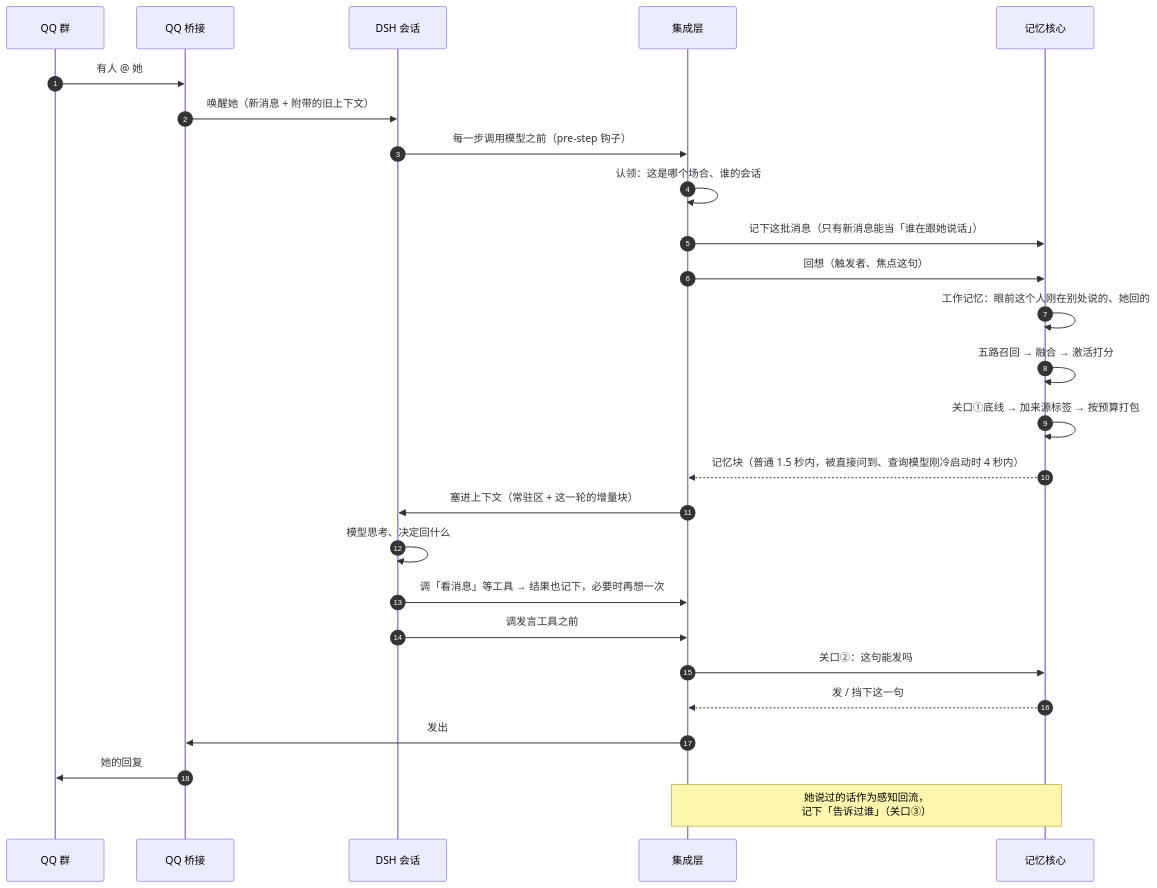
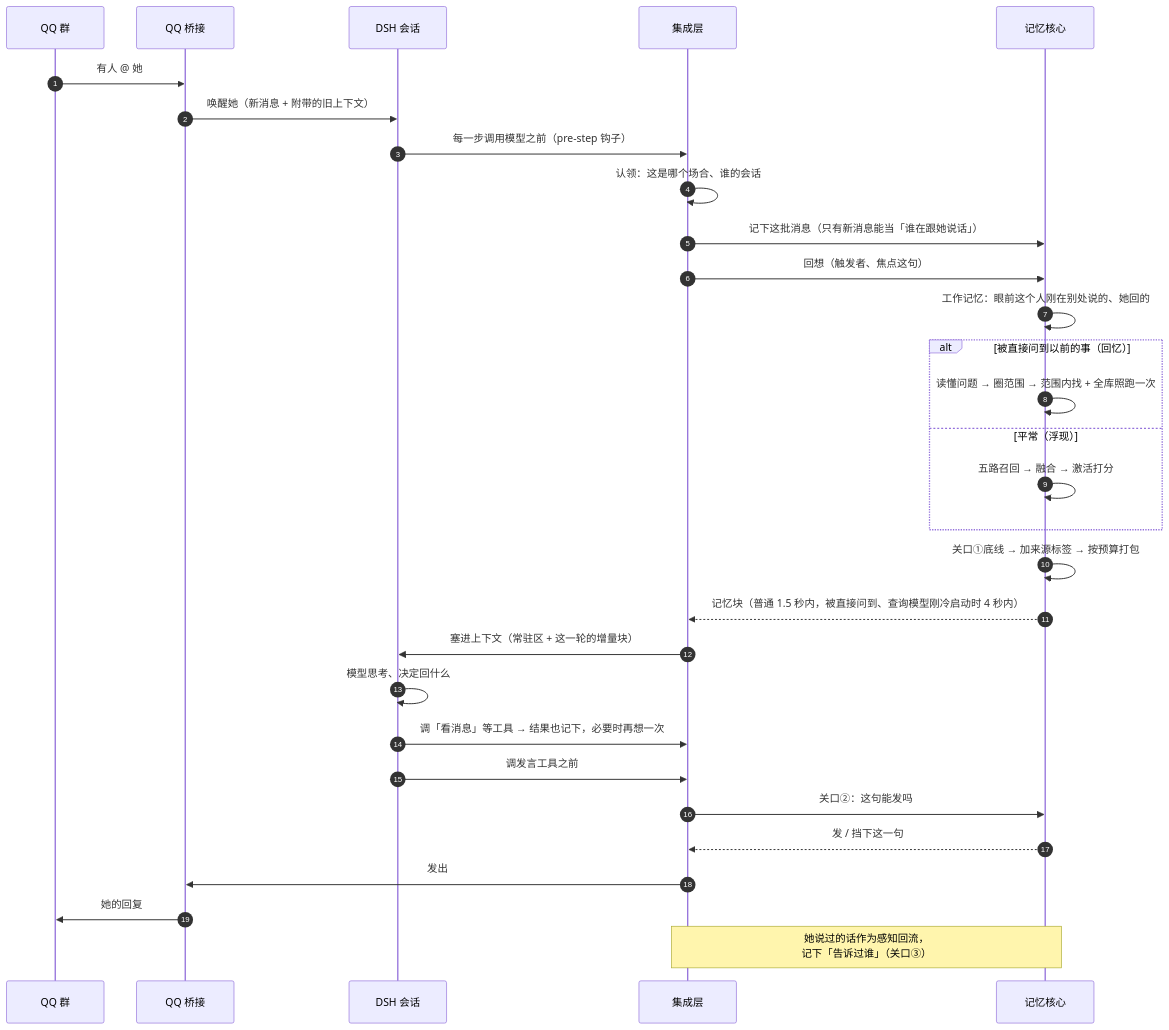
The fourth of 10 diagrams in docs/图解.md (QiuYeDx/dsh-rugu), drawn with Mermaid before and after one commit. The commit also changed other lines of this file and 13 other files, not shown here.

First line of the commit message:
回忆主干（D155）：被问到以前的事时有目的地找；文档、图解、测试和尺子跟上

````diff
--- a/docs/图解.md
+++ b/docs/图解.md
@@ -147,28 +147,32 @@
 ```mermaid
 sequenceDiagram
   autonumber
   participant Q as QQ 群
   participant B as QQ 桥接
   participant D as DSH 会话
   participant H as 集成层
   participant C as 记忆核心
   Q->>B: 有人 @ 她
   B->>D: 唤醒她（新消息 + 附带的旧上下文）
   D->>H: 每一步调用模型之前（pre-step 钩子）
   H->>H: 认领：这是哪个场合、谁的会话
   H->>C: 记下这批消息（只有新消息能当「谁在跟她说话」）
   H->>C: 回想（触发者、焦点这句）
   C->>C: 工作记忆：眼前这个人刚在别处说的、她回的
-  C->>C: 五路召回 → 融合 → 激活打分
+  alt 被直接问到以前的事（回忆）
+    C->>C: 读懂问题 → 圈范围 → 范围内找 + 全库照跑一次
+  else 平常（浮现）
+    C->>C: 五路召回 → 融合 → 激活打分
+  end
   C->>C: 关口①底线 → 加来源标签 → 按预算打包
   C-->>H: 记忆块（普通 1.5 秒内，被直接问到、查询模型刚冷启动时 4 秒内）
   H->>D: 塞进上下文（常驻区 + 这一轮的增量块）
   D->>D: 模型思考、决定回什么
   D->>H: 调「看消息」等工具 → 结果也记下，必要时再想一次
   D->>H: 调发言工具之前
   H->>C: 关口②：这句能发吗
   C-->>H: 发 / 挡下这一句
   H->>B: 发出
   B->>Q: 她的回复
   Note over H,C: 她说过的话作为感知回流，<br/>记下「告诉过谁」（关口③）
 ```
````
